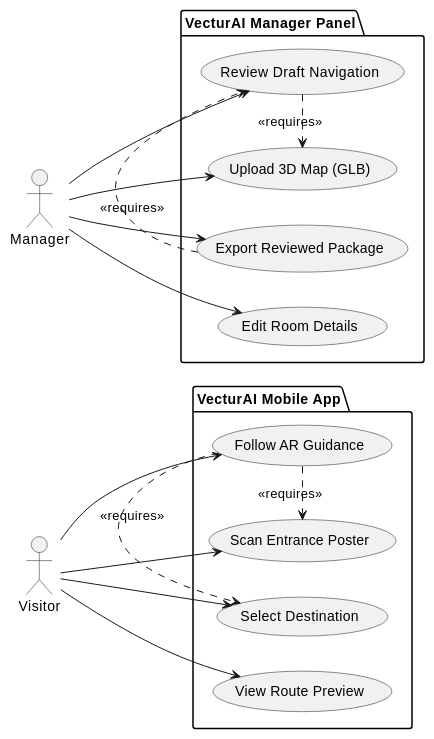
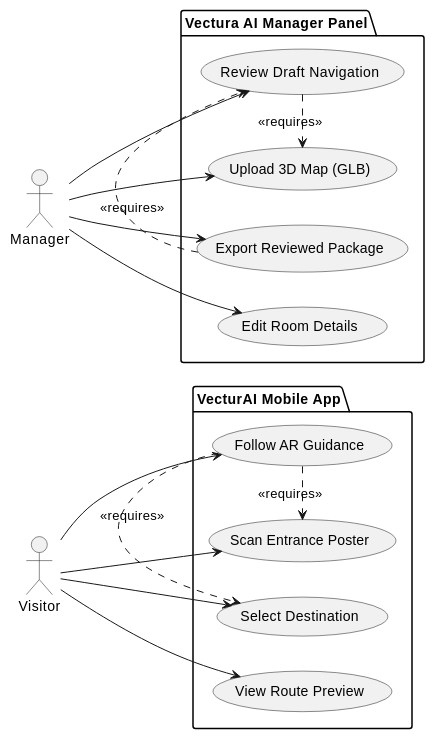
One commit to ahmetfurkankizil/indoornav changed the second of 5 diagrams in DIAGRAMS.md. Above: the diagram before and after it, drawn with PlantUML. The commit also changed 7 other files, not shown here.

````diff
--- a/DIAGRAMS.md
+++ b/DIAGRAMS.md
@@ -54,37 +54,37 @@
 ```plantuml
 @startuml
 left to right direction
 
 actor "Visitor" as Visitor
 actor "Manager" as Manager
 
 package "VecturAI Mobile App" {
   usecase "Scan Entrance Poster" as UC1
   usecase "Select Destination" as UC2
   usecase "View Route Preview" as UC3
   usecase "Follow AR Guidance" as UC4
 }
 
-package "VecturAI Manager Panel" {
+package "Vectura AI Manager Panel" {
   usecase "Upload 3D Map (GLB)" as UC5
   usecase "Review Draft Navigation" as UC6
   usecase "Edit Room Details" as UC7
   usecase "Export Reviewed Package" as UC8
 }
 
 Visitor --> UC1
 Visitor --> UC2
 Visitor --> UC3
 Visitor --> UC4
 
 Manager --> UC5
 Manager --> UC6
 Manager --> UC7
 Manager --> UC8
 
 UC4 .> UC1 : <<requires>>
 UC4 .> UC2 : <<requires>>
 UC6 .> UC5 : <<requires>>
 UC8 .> UC6 : <<requires>>
 @enduml
 ```
````
